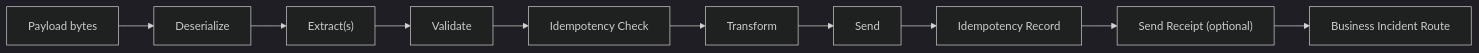
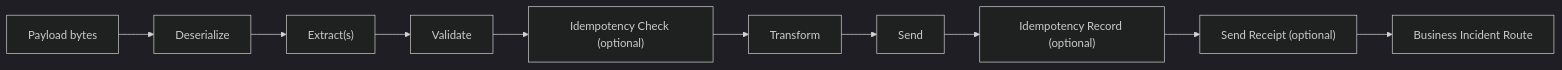
The diagram in docs/blocks/loader.md (integrio-intropy/intropy-framework), drawn with Mermaid (dark theme) before and after one commit. The commit also changed other lines of this file and 19 other files, not shown here.

First line of the commit message:
feat(extractor,loader): make idempotency optional

````diff
--- a/docs/blocks/loader.md
+++ b/docs/blocks/loader.md
@@ -7,12 +7,12 @@
 ```mermaid
 graph LR
     A[Payload bytes] --> B[Deserialize]
     B --> C["Extract(s)"]
     C --> D[Validate]
-    D --> E[Idempotency Check]
+    D --> E["Idempotency Check (optional)"]
     E --> F[Transform]
     F --> G[Send]
-    G --> H[Idempotency Record]
+    G --> H["Idempotency Record (optional)"]
     H --> I["Send Receipt (optional)"]
     I --> J[Business Incident Route]
 ```
````
